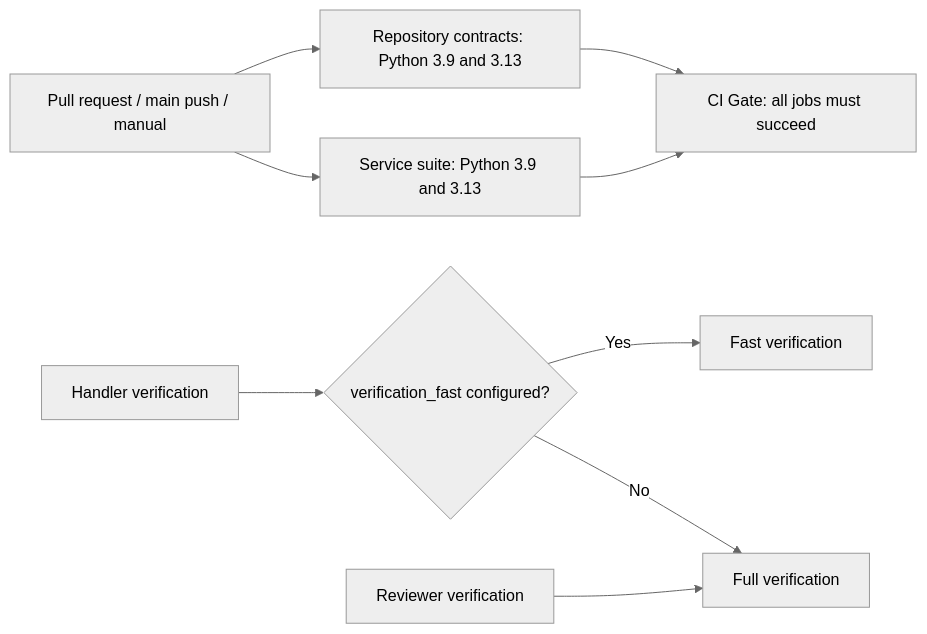
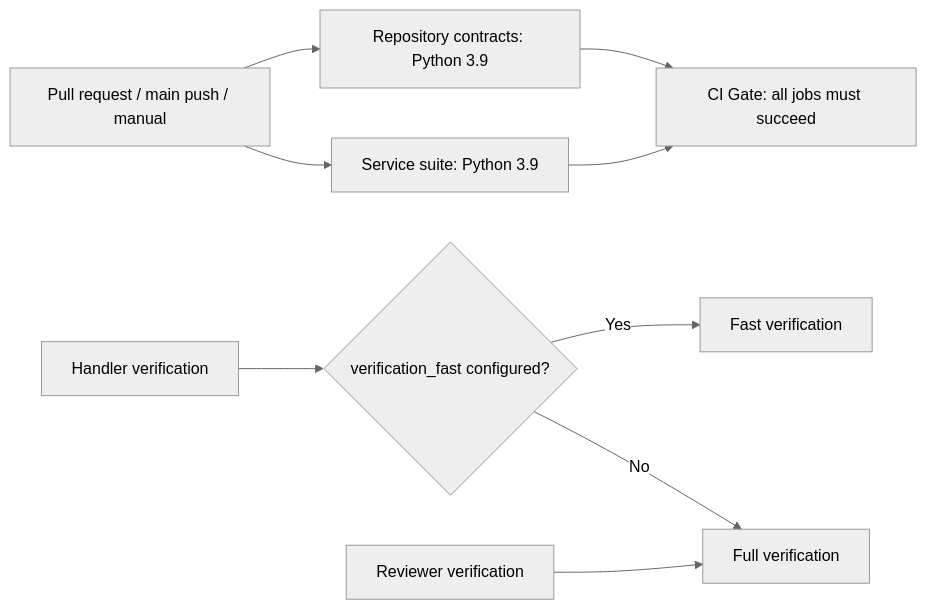
The diagram in docs/architecture/changes/2026-10-25-tiered-tests-actions-ci.md (helloimcx/skills), drawn with Mermaid (neutral theme) before and after one commit. The commit also changed other lines of this file and 10 other files, not shown here.

````diff
--- a/docs/architecture/changes/2026-10-25-tiered-tests-actions-ci.md
+++ b/docs/architecture/changes/2026-10-25-tiered-tests-actions-ci.md
@@ -15,12 +15,12 @@
 ```mermaid
 flowchart LR
   PR[Pull request / main push / manual]
-  PR --> R[Repository contracts: Python 3.9 and 3.13]
-  PR --> S[Service suite: Python 3.9 and 3.13]
+  PR --> R[Repository contracts: Python 3.9]
+  PR --> S[Service suite: Python 3.9]
   R --> G[CI Gate: all jobs must succeed]
   S --> G
   H[Handler verification] --> F{verification_fast configured?}
   F -->|Yes| FAST[Fast verification]
   F -->|No| FULL[Full verification]
   V[Reviewer verification] --> FULL
 ```
````
